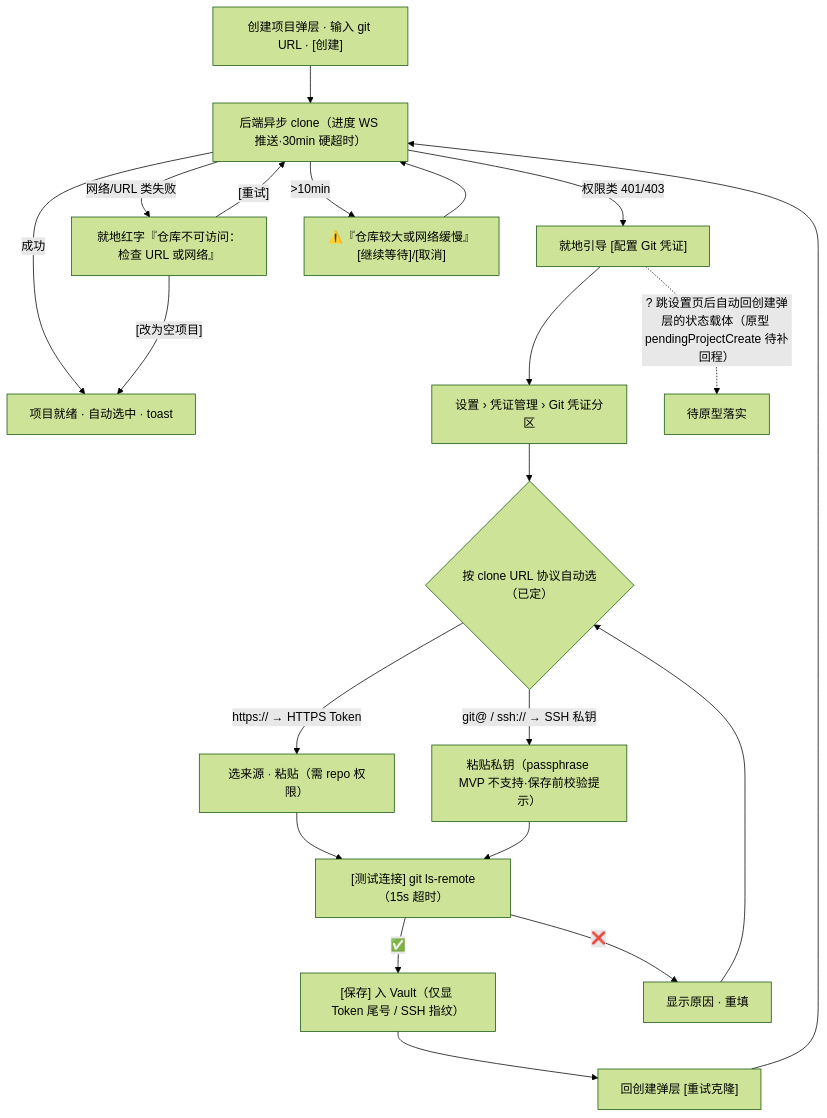
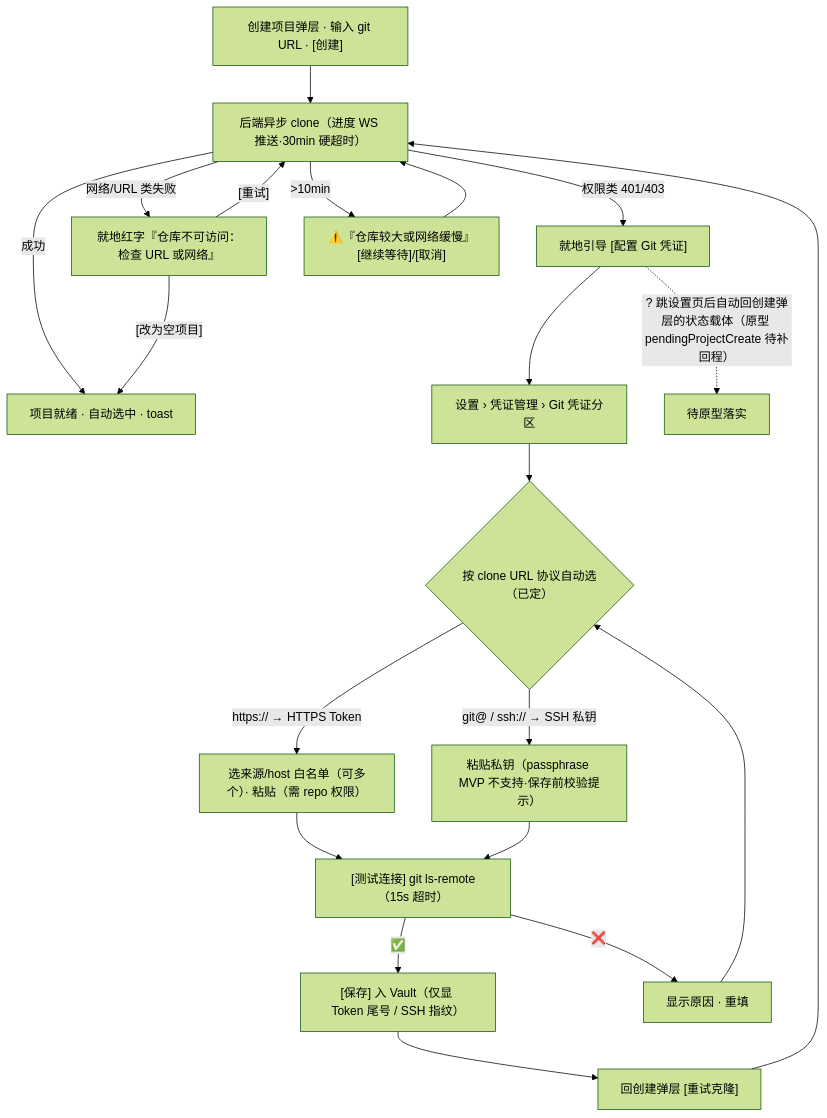
The third of 3 diagrams in docs/product/pages/21-3-凭证管理.md (Xeonice/cloud-agent-platform-docs), drawn with Mermaid (forest theme) before and after one commit. The commit also changed other lines of this file and 14 other files, not shown here.

````diff
--- a/docs/product/pages/21-3-凭证管理.md
+++ b/docs/product/pages/21-3-凭证管理.md
@@ -168,23 +168,23 @@
 ```mermaid
 flowchart TD
     A["创建项目弹层 · 输入 git URL · [创建]"] --> B["后端异步 clone（进度 WS 推送·30min 硬超时）"]
     B -->|"成功"| C["项目就绪 · 自动选中 · toast"]
     B -->|"网络/URL 类失败"| D["就地红字『仓库不可访问：检查 URL 或网络』"]
     D -->|"[重试]"| B
     D -->|"[改为空项目]"| C
     B -->|"权限类 401/403"| G["就地引导 [配置 Git 凭证]"]
     G --> Hh["设置 › 凭证管理 › Git 凭证分区"]
     Hh --> I{"按 clone URL 协议自动选（已定）"}
-    I -->|"https:// → HTTPS Token"| J["选来源 · 粘贴（需 repo 权限）"]
+    I -->|"https:// → HTTPS Token"| J["选来源/host 白名单（可多个）· 粘贴（需 repo 权限）"]
     I -->|"git@ / ssh:// → SSH 私钥"| K["粘贴私钥（passphrase MVP 不支持·保存前校验提示）"]
     J --> L["[测试连接] git ls-remote（15s 超时）"]
     K --> L
     L -->|"✅"| M["[保存] 入 Vault（仅显 Token 尾号 / SSH 指纹）"]
     L -->|"❌"| N2["显示原因 · 重填"]
     N2 --> I
     M --> O["回创建弹层 [重试克隆]"]
     O --> B
     B -->|">10min"| P["⚠️『仓库较大或网络缓慢』[继续等待]/[取消]"]
     P --> B
     G -.->|"? 跳设置页后自动回创建弹层的状态载体（原型 pendingProjectCreate 待补回程）"| Q2["待原型落实"]
 ```
````
